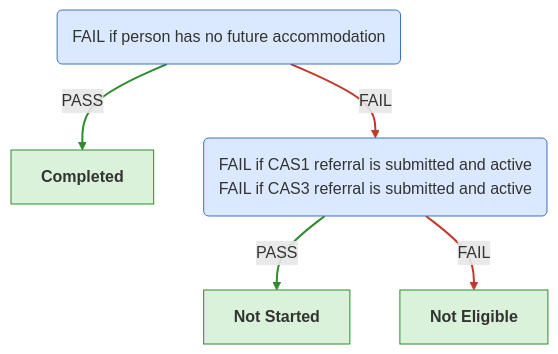
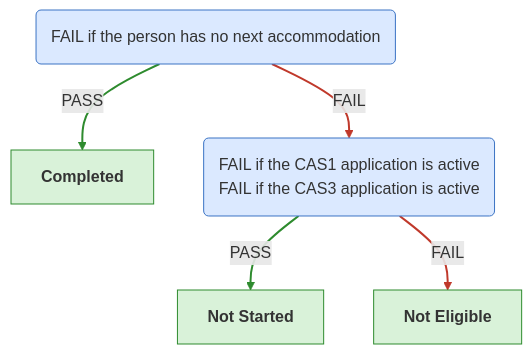
The sixth of 6 diagrams in docs/eligibility-rules-graph.md (ministryofjustice/hmpps-single-accommodation-service-api), drawn with Mermaid before and after one commit. The commit also changed other lines of this file and 260 other files, not shown here.

Commit message:
chore/SAS-1544-Review-FAIL-and-PASS-text-and-file-naming-for-rules-engine

````diff
--- a/docs/eligibility-rules-graph.md
+++ b/docs/eligibility-rules-graph.md
@@ -783,21 +783,21 @@
 ```mermaid
 %%{init: {"flowchart": {"wrappingWidth": 800}}}%%
 flowchart TD
-  Has_Next_Accommodation("<div style='text-align:left'>FAIL if person has no future accommodation</div>")
+  PASS_if_the_person_has_a_next_accommodation("<div style='text-align:left'>FAIL if the person has no next accommodation</div>")
   PA_COMPLETED["<b>Completed</b>"]
-  No_Active_CAS1_Or_CAS3_Referrals("<div style='text-align:left'>FAIL if CAS1 referral is submitted and active
-FAIL if CAS3 referral is submitted and active</div>")
+  PASS_if_the_CAS1_application_is_not_active_and_the_CAS3_application_is_not_active("<div style='text-align:left'>FAIL if the CAS1 application is active
+FAIL if the CAS3 application is active</div>")
   PA_NOT_STARTED["<b>Not Started</b>"]
   PA_NOT_ELIGIBLE["<b>Not Eligible</b>"]
-  Has_Next_Accommodation -->|PASS| PA_COMPLETED
-  No_Active_CAS1_Or_CAS3_Referrals -->|PASS| PA_NOT_STARTED
-  No_Active_CAS1_Or_CAS3_Referrals -->|FAIL| PA_NOT_ELIGIBLE
-  Has_Next_Accommodation -->|FAIL| No_Active_CAS1_Or_CAS3_Referrals
+  PASS_if_the_person_has_a_next_accommodation -->|PASS| PA_COMPLETED
+  PASS_if_the_CAS1_application_is_not_active_and_the_CAS3_application_is_not_active -->|PASS| PA_NOT_STARTED
+  PASS_if_the_CAS1_application_is_not_active_and_the_CAS3_application_is_not_active -->|FAIL| PA_NOT_ELIGIBLE
+  PASS_if_the_person_has_a_next_accommodation -->|FAIL| PASS_if_the_CAS1_application_is_not_active_and_the_CAS3_application_is_not_active
   linkStyle 0,1 stroke:#2e8b2e,stroke-width:2px
   linkStyle 2,3 stroke:#c0392b,stroke-width:2px
   classDef ruleSetNode fill:#dbe9ff,stroke:#3b73c4,color:#333
   classDef outcomeNode fill:#d9f2d9,stroke:#2e8b2e,color:#333
   classDef updaterNode fill:#fff2cc,stroke:#c99a00,color:#333
-  class Has_Next_Accommodation,No_Active_CAS1_Or_CAS3_Referrals ruleSetNode
+  class PASS_if_the_person_has_a_next_accommodation,PASS_if_the_CAS1_application_is_not_active_and_the_CAS3_application_is_not_active ruleSetNode
   class PA_COMPLETED,PA_NOT_STARTED,PA_NOT_ELIGIBLE outcomeNode
 ```
````
